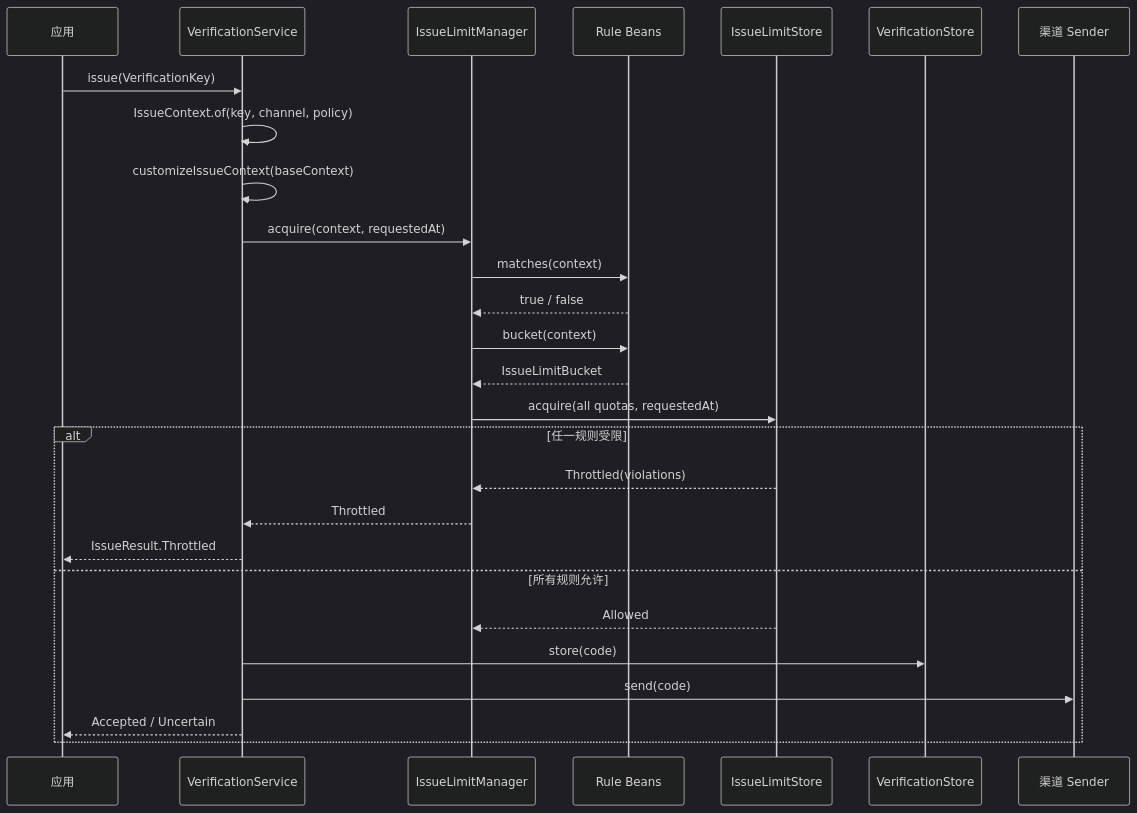
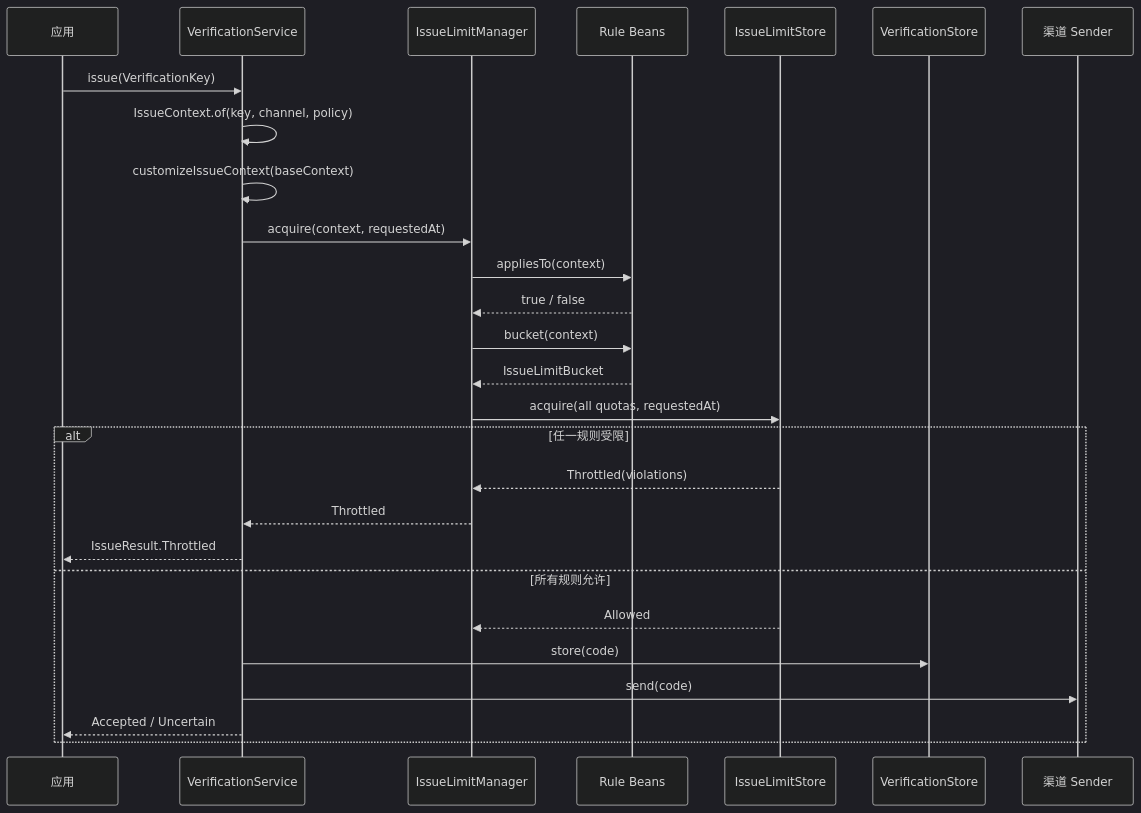
Before and after one commit to RingoTangs/ringo-boot: the second of 2 diagrams in ringo-boot-verification/src/main/java/io/github/ringotangs/ringoboot/verification/limit/README.md, drawn with Mermaid (dark theme). The commit also changed other lines of this file and 11 other files, not shown here.

Commit message:
refactor: rename matches method to appliesTo for clarity in issue limit rules

````diff
--- a/ringo-boot-verification/src/main/java/io/github/ringotangs/ringoboot/verification/limit/README.md
+++ b/ringo-boot-verification/src/main/java/io/github/ringotangs/ringoboot/verification/limit/README.md
@@ -302,30 +302,30 @@
 ```mermaid
 sequenceDiagram
     participant App as 应用
     participant Service as VerificationService
     participant Manager as IssueLimitManager
     participant Rule as Rule Beans
     participant LimitStore as IssueLimitStore
     participant CodeStore as VerificationStore
     participant Sender as 渠道 Sender
 
     App->>Service: issue(VerificationKey)
     Service->>Service: IssueContext.of(key, channel, policy)
     Service->>Service: customizeIssueContext(baseContext)
     Service->>Manager: acquire(context, requestedAt)
-    Manager->>Rule: matches(context)
+    Manager->>Rule: appliesTo(context)
     Rule-->>Manager: true / false
     Manager->>Rule: bucket(context)
     Rule-->>Manager: IssueLimitBucket
     Manager->>LimitStore: acquire(all quotas, requestedAt)
     alt 任一规则受限
         LimitStore-->>Manager: Throttled(violations)
         Manager-->>Service: Throttled
         Service-->>App: IssueResult.Throttled
     else 所有规则允许
         LimitStore-->>Manager: Allowed
         Service->>CodeStore: store(code)
         Service->>Sender: send(code)
         Service-->>App: Accepted / Uncertain
     end
 ```
````
